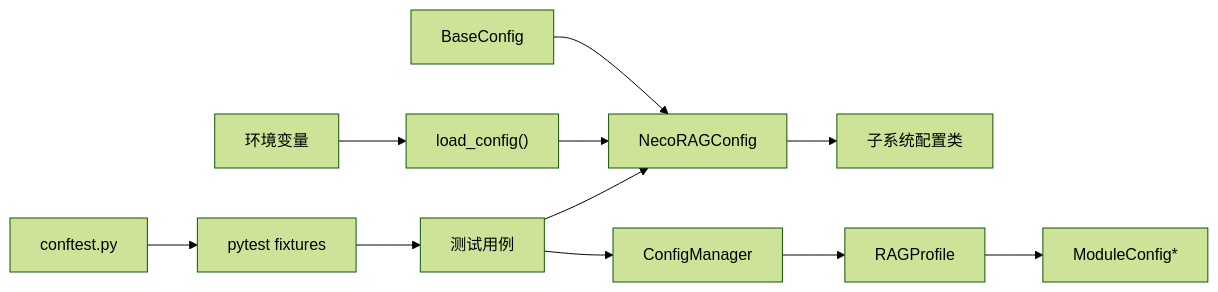
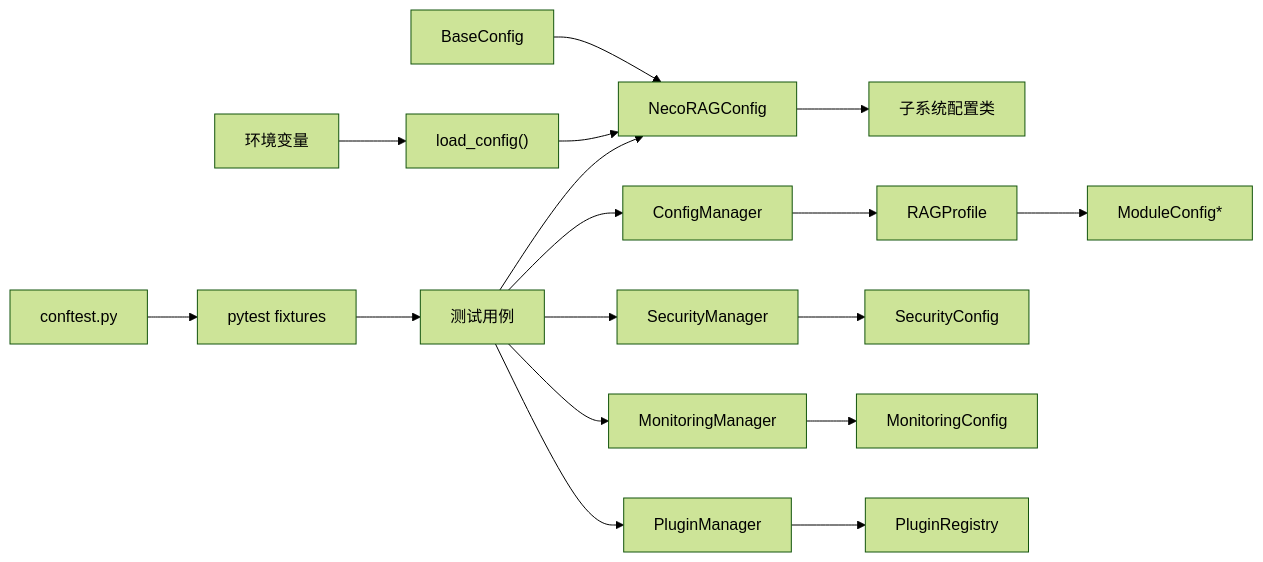
Before and after one commit to JieGaoPrinceton/NecoRAG: diagram 13 of 13 in .qoder/repowiki/zh/content/配置管理/配置管理.md, drawn with Mermaid (forest theme). The commit also changed other lines of this file and 12 other files, not shown here.

````diff
--- a/.qoder/repowiki/zh/content/配置管理/配置管理.md
+++ b/.qoder/repowiki/zh/content/配置管理/配置管理.md
@@ -412,13 +620,19 @@
 ```mermaid
 graph LR
 Base["BaseConfig"] --> Global["NecoRAGConfig"]
 Global --> Subs["子系统配置类"]
 Env["环境变量"] --> Loader["load_config()"]
 Loader --> Global
 CM["ConfigManager"] --> Profile["RAGProfile"]
 Profile --> Modules["ModuleConfig*"]
+SecMgr["SecurityManager"] --> SecConfig["SecurityConfig"]
+MonMgr["MonitoringManager"] --> MonConfig["MonitoringConfig"]
+PlgMgr["PluginManager"] --> PlgReg["PluginRegistry"]
 CF["conftest.py"] --> Fixtures["pytest fixtures"]
 Fixtures --> Tests["测试用例"]
 Tests --> Global
 Tests --> CM
+Tests --> SecMgr
+Tests --> MonMgr
+Tests --> PlgMgr
 ```
````
